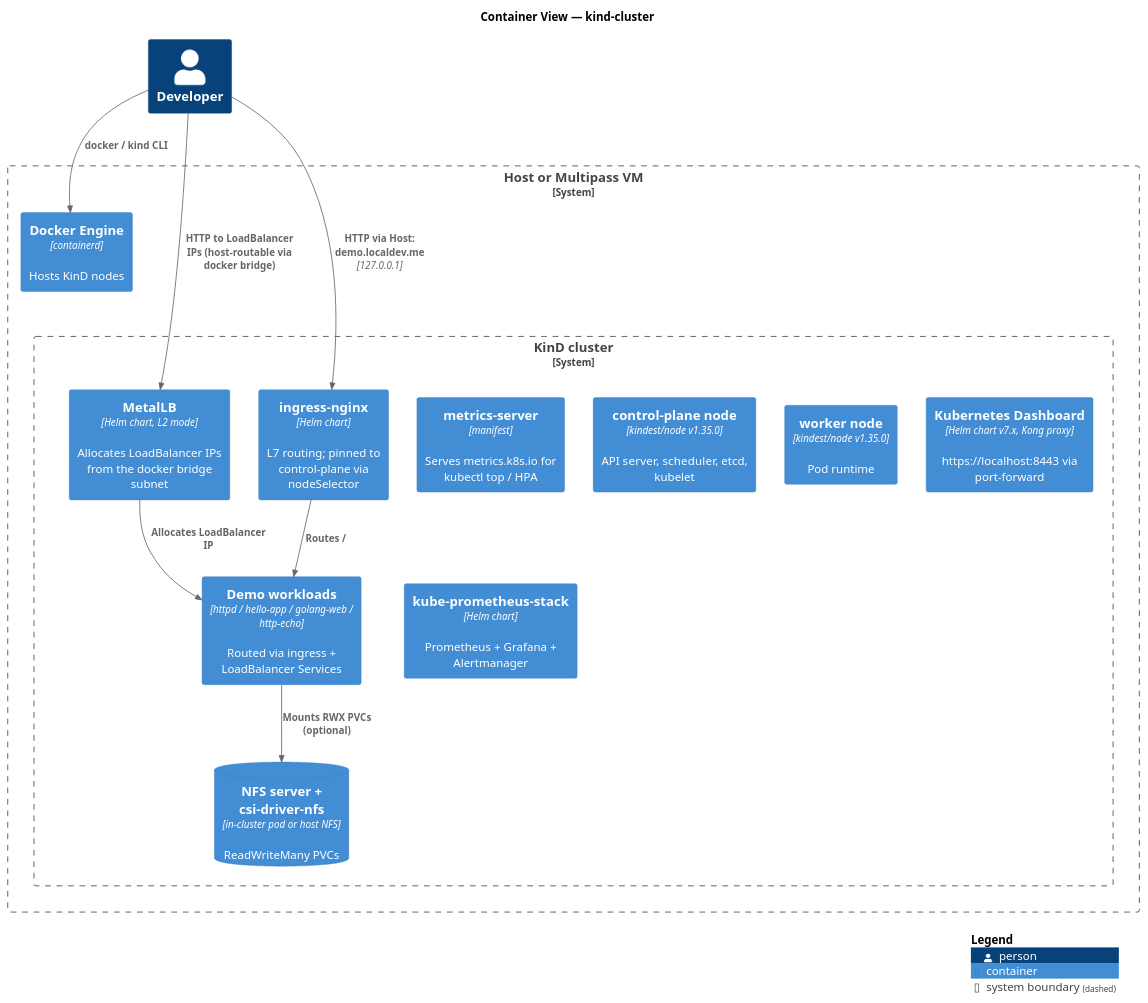
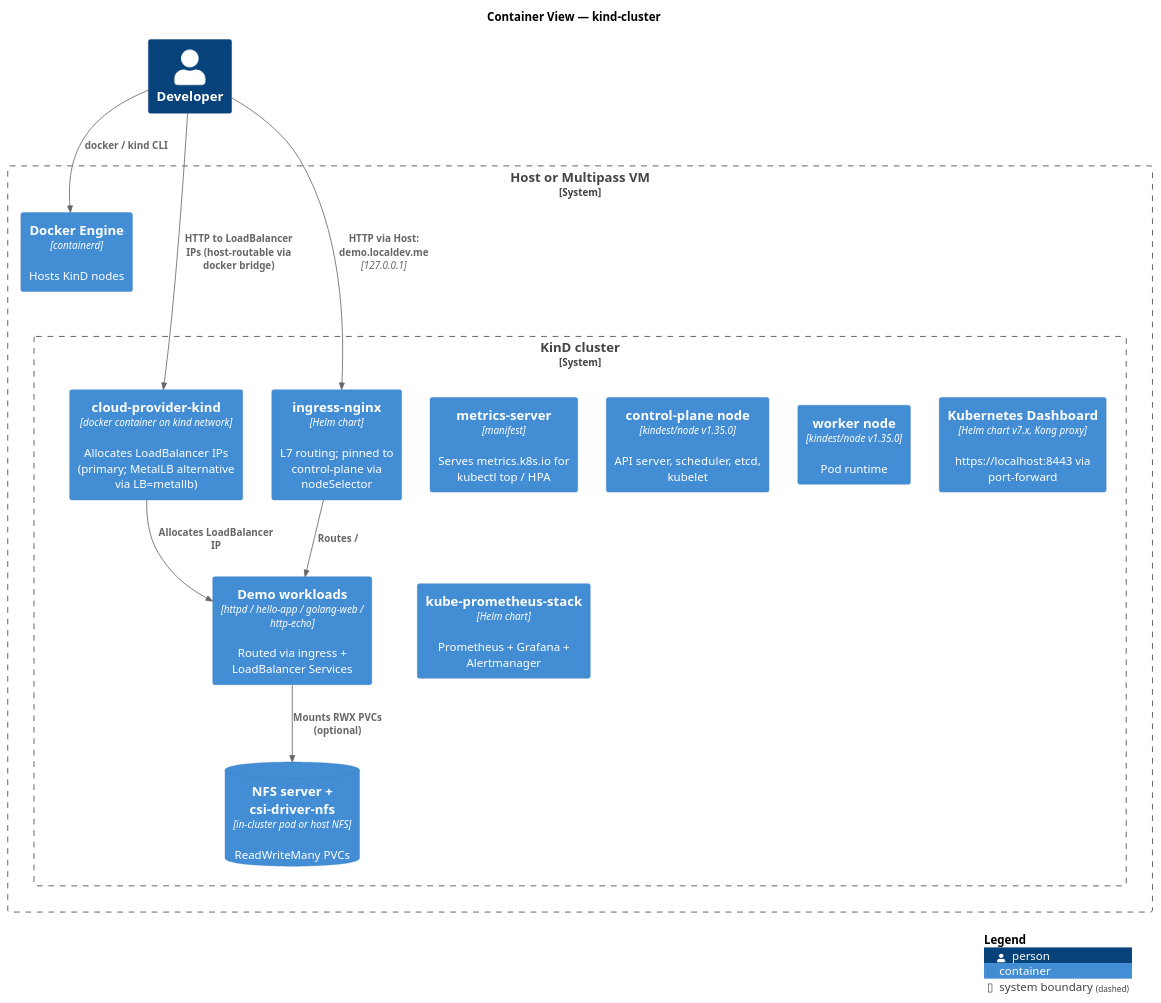
The diagram in docs/diagrams/c4-container.puml (AndriyKalashnykov/kind-cluster), drawn with PlantUML before and after one commit. The commit also changed 11 other files, not shown here.

```diff
--- a/docs/diagrams/c4-container.puml
+++ b/docs/diagrams/c4-container.puml
@@ -1,38 +1,38 @@
 @startuml c4-container
 !include https://raw.githubusercontent.com/plantuml-stdlib/C4-PlantUML/v2.10.0/C4_Container.puml
 
 title Container View — kind-cluster
 
 Person(dev, "Developer")
 
 System_Boundary(host, "Host or Multipass VM") {
   Container(docker, "Docker Engine", "containerd", "Hosts KinD nodes")
 
   System_Boundary(kind, "KinD cluster") {
     Container(cp, "control-plane node", "kindest/node v1.35.0", "API server, scheduler, etcd, kubelet")
     Container(worker, "worker node", "kindest/node v1.35.0", "Pod runtime")
 
     Container(ingress, "ingress-nginx", "Helm chart", "L7 routing; pinned to control-plane via nodeSelector")
-    Container(lb, "MetalLB", "Helm chart, L2 mode", "Allocates LoadBalancer IPs from the docker bridge subnet")
+    Container(lb, "cloud-provider-kind", "docker container on kind network", "Allocates LoadBalancer IPs (primary; MetalLB alternative via LB=metallb)")
     Container(metrics, "metrics-server", "manifest", "Serves metrics.k8s.io for kubectl top / HPA")
     Container(dash, "Kubernetes Dashboard", "Helm chart v7.x, Kong proxy", "https://localhost:8443 via port-forward")
     ContainerDb(nfs, "NFS server + csi-driver-nfs", "in-cluster pod or host NFS", "ReadWriteMany PVCs")
     Container(prom, "kube-prometheus-stack", "Helm chart", "Prometheus + Grafana + Alertmanager")
     Container(apps, "Demo workloads", "httpd / hello-app / golang-web / http-echo", "Routed via ingress + LoadBalancer Services")
   }
 }
 
 Rel(dev, docker, "docker / kind CLI")
 Rel(dev, ingress, "HTTP via Host: demo.localdev.me", "127.0.0.1")
 Rel(dev, lb, "HTTP to LoadBalancer IPs (host-routable via docker bridge)")
 Rel(ingress, apps, "Routes /")
 Rel(lb, apps, "Allocates LoadBalancer IP")
 Rel(apps, nfs, "Mounts RWX PVCs (optional)")
 
 Lay_D(docker, kind)
 Lay_R(cp, worker)
 Lay_D(ingress, apps)
 Lay_R(lb, apps)
 
 SHOW_LEGEND()
 @enduml
```
